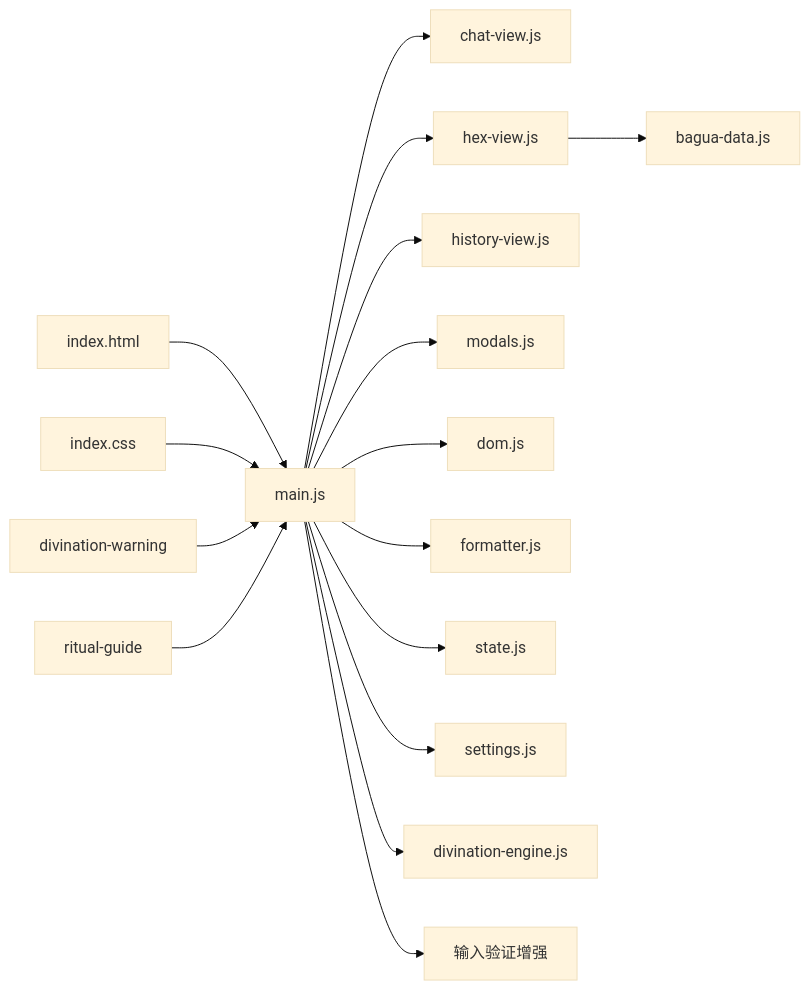
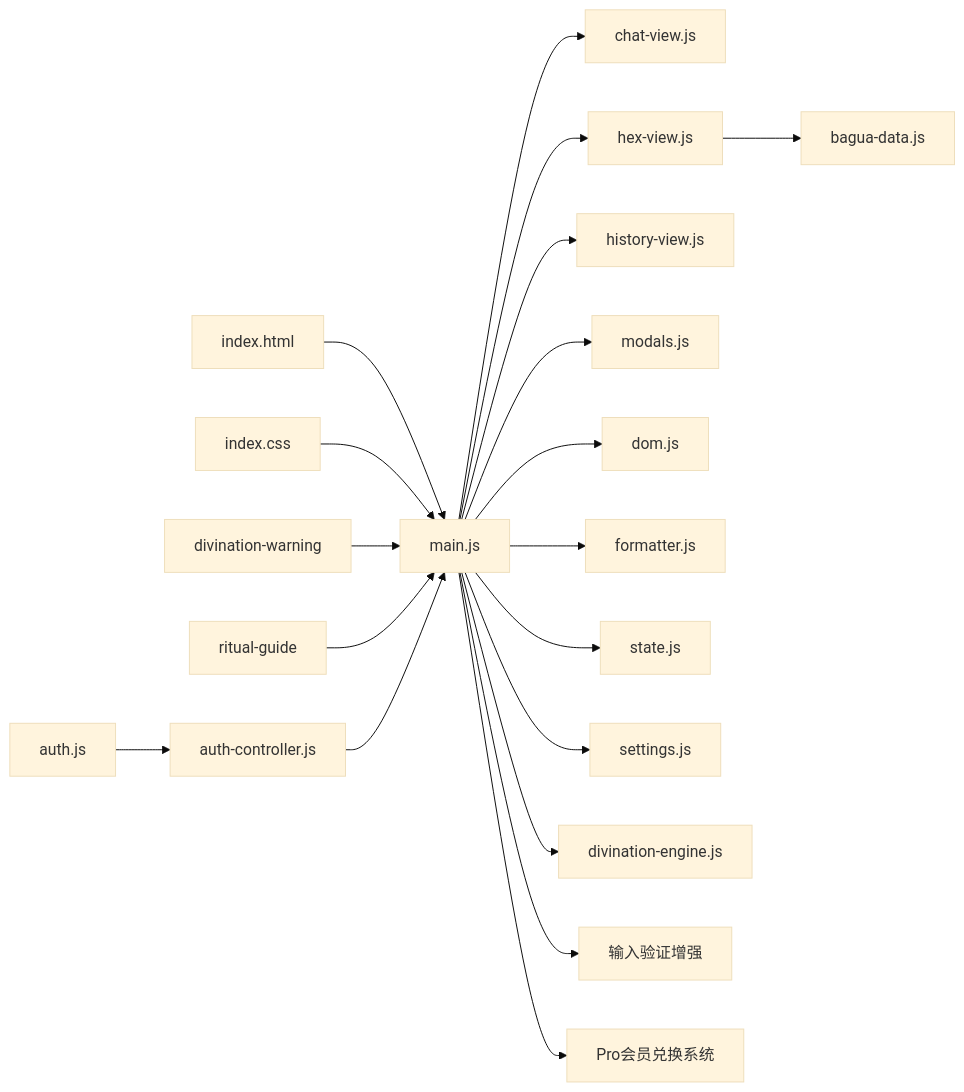
Before and after one commit to ghg618-ui/meihuayili-3.8: diagram 11 of 11 in .qoder/repowiki/zh/content/用户界面/用户界面.md, drawn with Mermaid (base theme). The commit also changed other lines of this file and 6 other files, not shown here.

````diff
--- a/.qoder/repowiki/zh/content/用户界面/用户界面.md
+++ b/.qoder/repowiki/zh/content/用户界面/用户界面.md
@@ -557,18 +669,21 @@
 ```mermaid
 graph LR
 main_js["main.js"] --> chat_view["chat-view.js"]
 main_js --> hex_view["hex-view.js"]
 main_js --> history_view["history-view.js"]
 main_js --> modals["modals.js"]
 main_js --> dom_utils["dom.js"]
 main_js --> formatter["formatter.js"]
 main_js --> state["state.js"]
 main_js --> settings["settings.js"]
 main_js --> div_engine["divination-engine.js"]
 main_js --> input_validator["输入验证增强"]
+main_js --> pro_system["Pro会员兑换系统"]
 hex_view --> bagua["bagua-data.js"]
 index_html["index.html"] --> main_js
 index_css["index.css"] --> main_js
 warning_system["divination-warning"] --> main_js
 ritual_guide["ritual-guide"] --> main_js
+auth_controller["auth-controller.js"] --> main_js
+auth_storage["auth.js"] --> auth_controller
 ```
````
